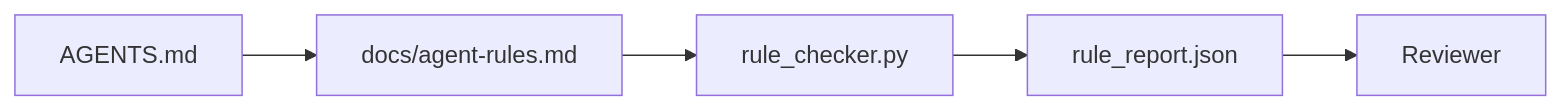
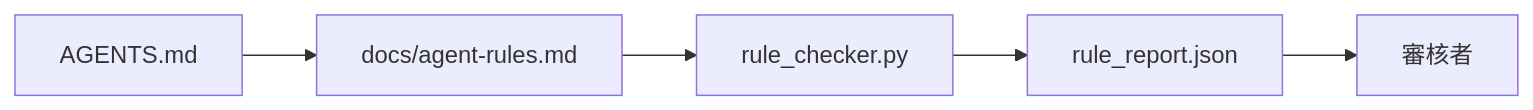
One commit to edward821220/ai-engineering-from-scratch changed the diagram in i18n/zh-TW/phases/14-agent-engineering/33-instructions-as-executable-constraints/docs/zh-TW.md. Above: the diagram before and after it, drawn with Mermaid. The commit also changed other lines of this file and 46 other files, not shown here.

````diff
--- a/i18n/zh-TW/phases/14-agent-engineering/33-instructions-as-executable-constraints/docs/zh-TW.md
+++ b/i18n/zh-TW/phases/14-agent-engineering/33-instructions-as-executable-constraints/docs/zh-TW.md
@@ -27,7 +27,7 @@
 ```mermaid
 flowchart LR
   Router[AGENTS.md] --> Rules[docs/agent-rules.md]
   Rules --> Checker[rule_checker.py]
   Checker --> Report[rule_report.json]
-  Report --> Reviewer[Reviewer]
+  Report --> Reviewer[審核者]
 ```
````
